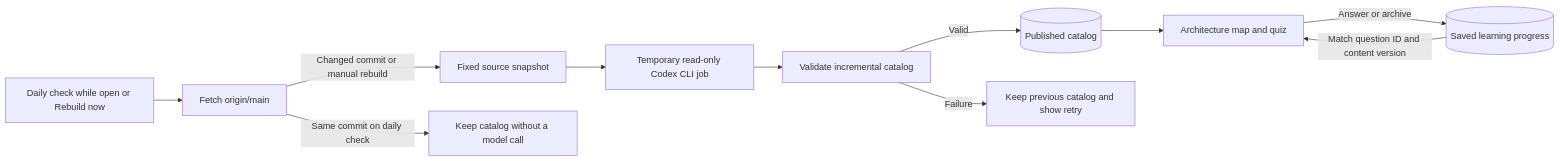
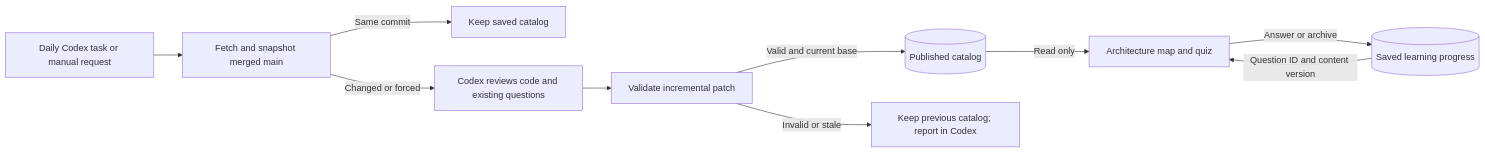
One commit to lustoykov/hallvi changed the second of 2 diagrams in docs/development.md. Above: the diagram before and after it, drawn with Mermaid. The commit also changed other lines of this file and 25 other files, not shown here.

Commit message:
Move learning catalog maintenance into scheduled Codex tasks

````diff
--- a/docs/development.md
+++ b/docs/development.md
@@ -158,13 +153,12 @@
 ```mermaid
 flowchart LR
-    Page[Daily check while open or Rebuild now] --> Fetch[Fetch origin/main]
-    Fetch -->|Changed commit or manual rebuild| Snapshot[Fixed source snapshot]
-    Fetch -->|Same commit on daily check| Skip[Keep catalog without a model call]
-    Snapshot --> Codex[Temporary read-only Codex CLI job]
-    Codex --> Validate[Validate incremental catalog]
-    Validate -->|Valid| Catalog[(Published catalog)]
-    Validate -->|Failure| Keep[Keep previous catalog and show retry]
-    Catalog --> View[Architecture map and quiz]
+    Task[Daily Codex task or manual request] --> Prepare[Fetch and snapshot merged main]
+    Prepare -->|Same commit| Skip[Keep saved catalog]
+    Prepare -->|Changed or forced| Review[Codex reviews code and existing questions]
+    Review --> Publish[Validate incremental patch]
+    Publish -->|Valid and current base| Catalog[(Published catalog)]
+    Publish -->|Invalid or stale| Keep[Keep previous catalog; report in Codex]
+    Catalog -->|Read only| View[Architecture map and quiz]
     View -->|Answer or archive| Progress[(Saved learning progress)]
-    Progress -->|Match question ID and content version| View
+    Progress -->|Question ID and content version| View
 ```
````
